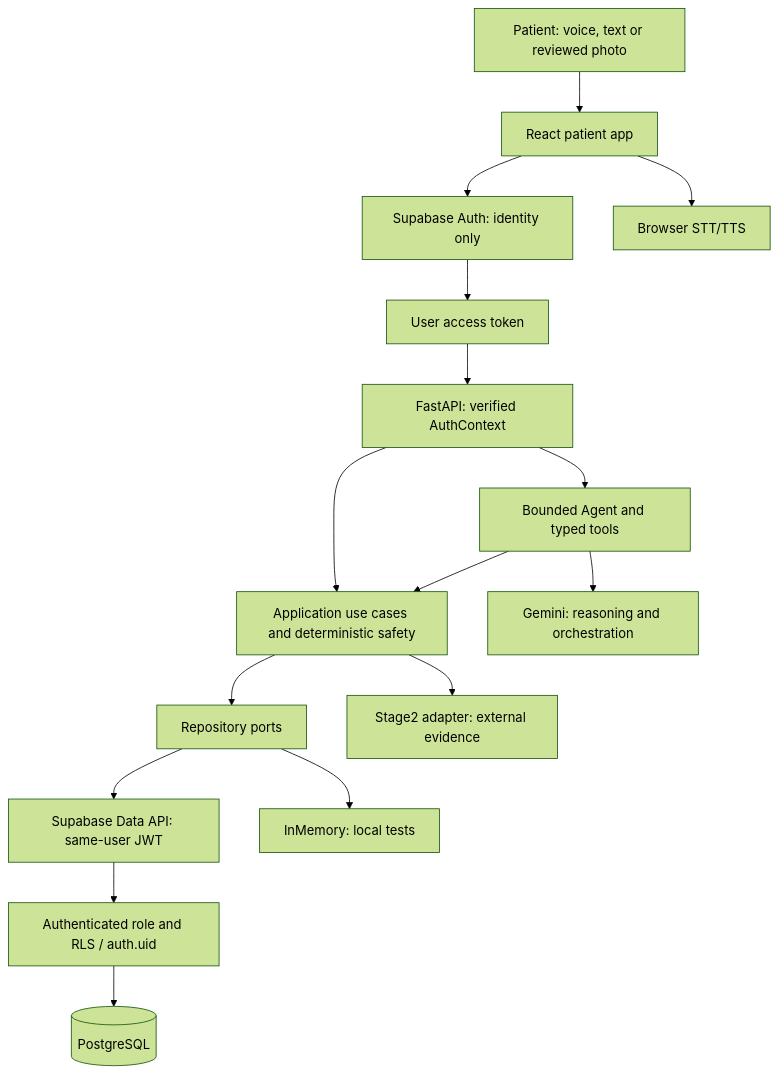
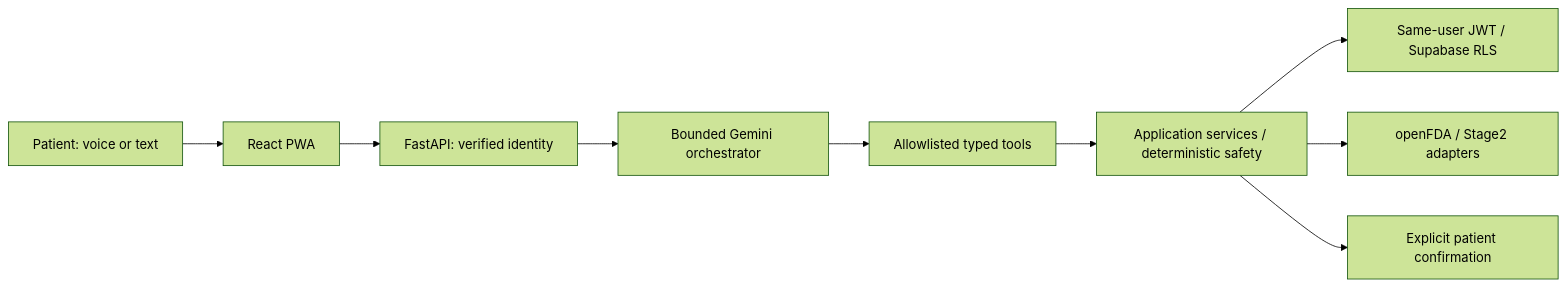
One commit to SpectateurLinlan/pharmascan-care-agent changed the diagram in README.md. Above: the diagram before and after it, drawn with Mermaid (forest theme). The commit also changed other lines of this file and 16 other files, not shown here.

````diff
--- a/README.md
+++ b/README.md
@@ -209,18 +51,11 @@
 ```mermaid
-flowchart TD
-  Patient[Patient: voice, text or reviewed photo] --> UI[React patient app]
-  UI --> Auth[Supabase Auth: identity only]
-  Auth --> Token[User access token]
-  Token --> API[FastAPI: verified AuthContext]
-  API --> Agent[Bounded Agent and typed tools]
-  API --> App[Application use cases and deterministic safety]
-  Agent --> App
-  App --> Ports[Repository ports]
-  Ports --> UserAPI[Supabase Data API: same-user JWT]
-  UserAPI --> RLS[Authenticated role and RLS / auth.uid]
-  RLS --> DB[(PostgreSQL)]
-  Ports --> Memory[InMemory: local tests]
-  App --> Vision[Stage2 adapter: external evidence]
-  Agent --> Gemini[Gemini: reasoning and orchestration]
-  UI --> Speech[Browser STT/TTS]
+flowchart LR
+    Patient[Patient: voice or text] --> UI[React PWA]
+    UI --> API[FastAPI: verified identity]
+    API --> Agent[Bounded Gemini orchestrator]
+    Agent --> Tools[Allowlisted typed tools]
+    Tools --> Services[Application services / deterministic safety]
+    Services --> Records[Same-user JWT / Supabase RLS]
+    Services --> Sources[openFDA / Stage2 adapters]
+    Services --> Confirmation[Explicit patient confirmation]
 ```
````
